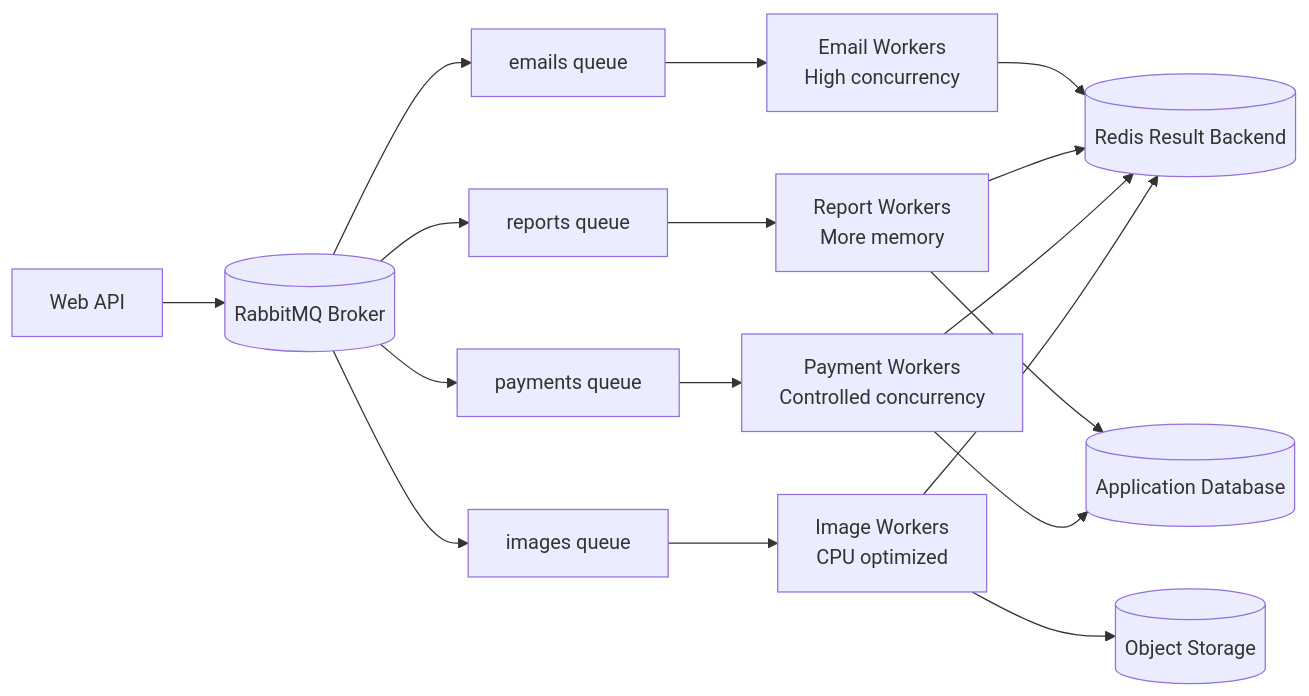
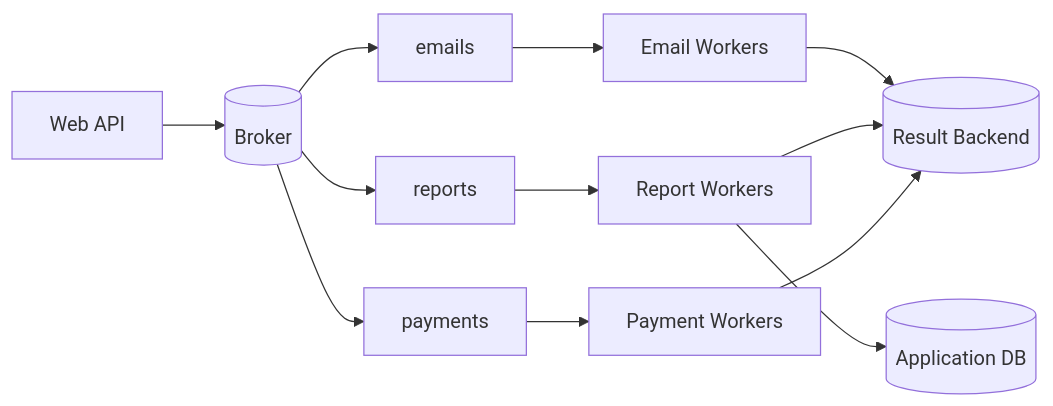
The third of 4 diagrams in src/content/task-processing/celery-architecture.md (AvadhBhalodiya/Interview-Preparation), drawn with Mermaid before and after one commit. The commit also changed other lines of this file and 80 other files, not shown here.

````diff
--- a/src/content/task-processing/celery-architecture.md
+++ b/src/content/task-processing/celery-architecture.md
@@ -997,23 +444,17 @@
 ```mermaid
 flowchart LR
-    API[Web API] --> B[(RabbitMQ Broker)]
+    API[Web API] --> B[(Broker)]
 
-    B --> QE[emails queue]
-    B --> QR[reports queue]
-    B --> QP[payments queue]
-    B --> QI[images queue]
+    B --> QE[emails]
+    B --> QR[reports]
+    B --> QP[payments]
 
-    QE --> WE[Email Workers<br/>High concurrency]
-    QR --> WR[Report Workers<br/>More memory]
-    QP --> WP[Payment Workers<br/>Controlled concurrency]
-    QI --> WI[Image Workers<br/>CPU optimized]
+    QE --> WE[Email Workers]
+    QR --> WR[Report Workers]
+    QP --> WP[Payment Workers]
 
-    WE --> RB[(Redis Result Backend)]
+    WR --> DB[(Application DB)]
+    WE --> RB[(Result Backend)]
     WR --> RB
     WP --> RB
-    WI --> RB
-
-    WR --> DB[(Application Database)]
-    WP --> DB
-    WI --> OS[(Object Storage)]
 ```
````
